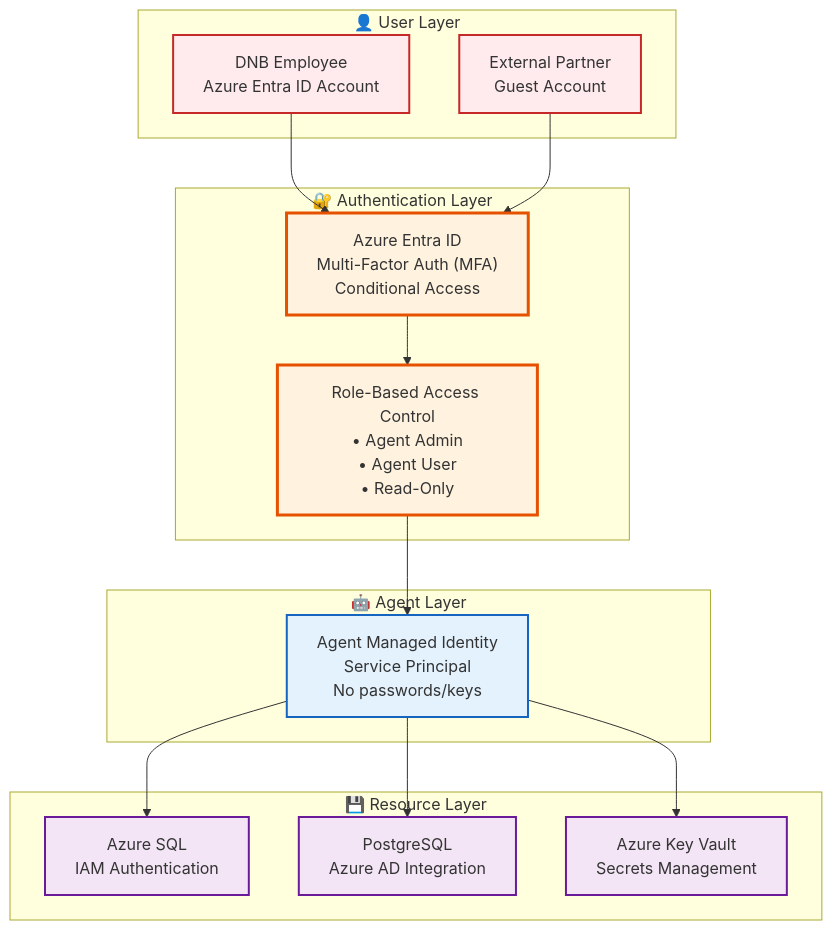
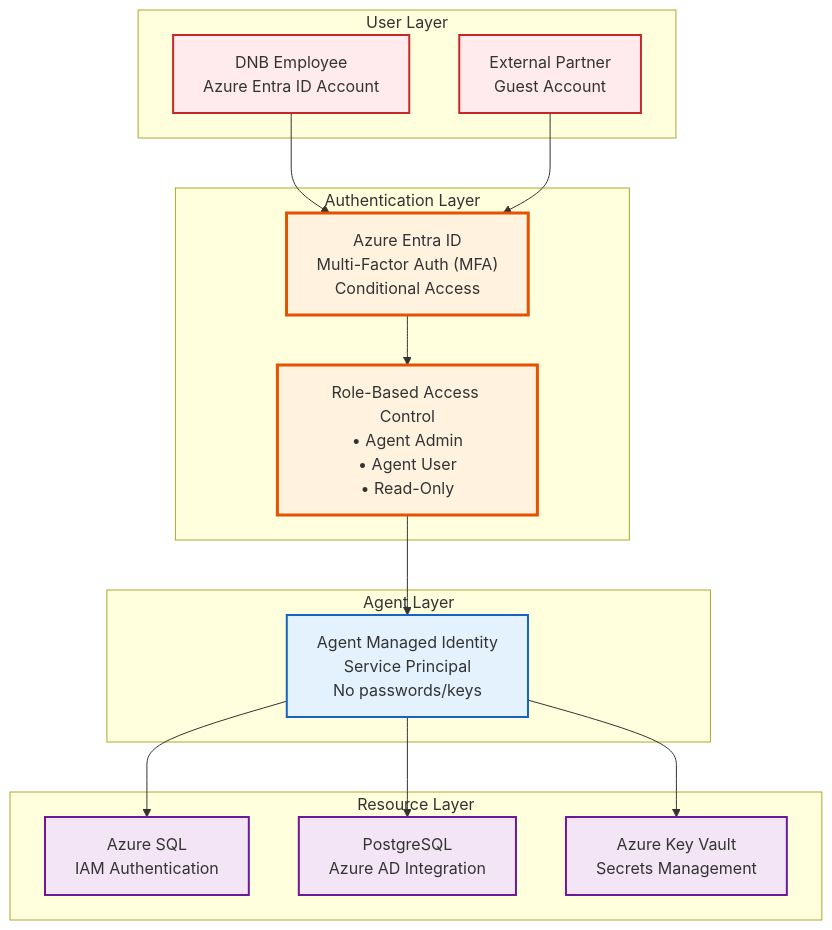
Before and after one commit to Px8Studio/adk-python: diagram 11 of 19 in backend/etl/docs/ARCHITECTURE_DNB_FUTURE.md, drawn with Mermaid. The commit also changed other lines of this file and 1 other file, not shown here.

Commit message:
feat: update DNB Agentic AI management brief to streamline content, remove the 90-day plan, and enhance focus on agent capabilities and readiness questions

````diff
--- a/backend/etl/docs/ARCHITECTURE_DNB_FUTURE.md
+++ b/backend/etl/docs/ARCHITECTURE_DNB_FUTURE.md
@@ -978,41 +907,41 @@
 ```mermaid
 graph TB
-    subgraph User_Layer["👤 User Layer"]
+    subgraph User_Layer["User Layer"]
         DNB_User["DNB Employee<br/>Azure Entra ID Account"]
         External_User["External Partner<br/>Guest Account"]
     end
     
-    subgraph Authentication["🔐 Authentication Layer"]
+    subgraph Authentication["Authentication Layer"]
         Entra_ID["Azure Entra ID<br/>Multi-Factor Auth (MFA)<br/>Conditional Access"]
         RBAC["Role-Based Access Control<br/>• Agent Admin<br/>• Agent User<br/>• Read-Only"]
     end
     
-    subgraph Agent_Layer["🤖 Agent Layer"]
+    subgraph Agent_Layer["Agent Layer"]
         Agent_Identity["Agent Managed Identity<br/>Service Principal<br/>No passwords/keys"]
     end
     
-    subgraph Resource_Layer["💾 Resource Layer"]
+    subgraph Resource_Layer["Resource Layer"]
         SQL_IAM["Azure SQL<br/>IAM Authentication"]
         Postgres_IAM["PostgreSQL<br/>Azure AD Integration"]
         KeyVault["Azure Key Vault<br/>Secrets Management"]
     end
     
     DNB_User --> Entra_ID
     External_User --> Entra_ID
     Entra_ID --> RBAC
     RBAC --> Agent_Identity
     
     Agent_Identity --> SQL_IAM
     Agent_Identity --> Postgres_IAM
     Agent_Identity --> KeyVault
 
     classDef user fill:#ffebee,stroke:#c62828,stroke-width:2px
     classDef auth fill:#fff3e0,stroke:#e65100,stroke-width:3px
     classDef agent fill:#e3f2fd,stroke:#1565c0,stroke-width:2px
     classDef resource fill:#f3e5f5,stroke:#6a1b9a,stroke-width:2px
     
     class DNB_User,External_User user
     class Entra_ID,RBAC auth
     class Agent_Identity agent
     class SQL_IAM,Postgres_IAM,KeyVault resource
 ```
````
